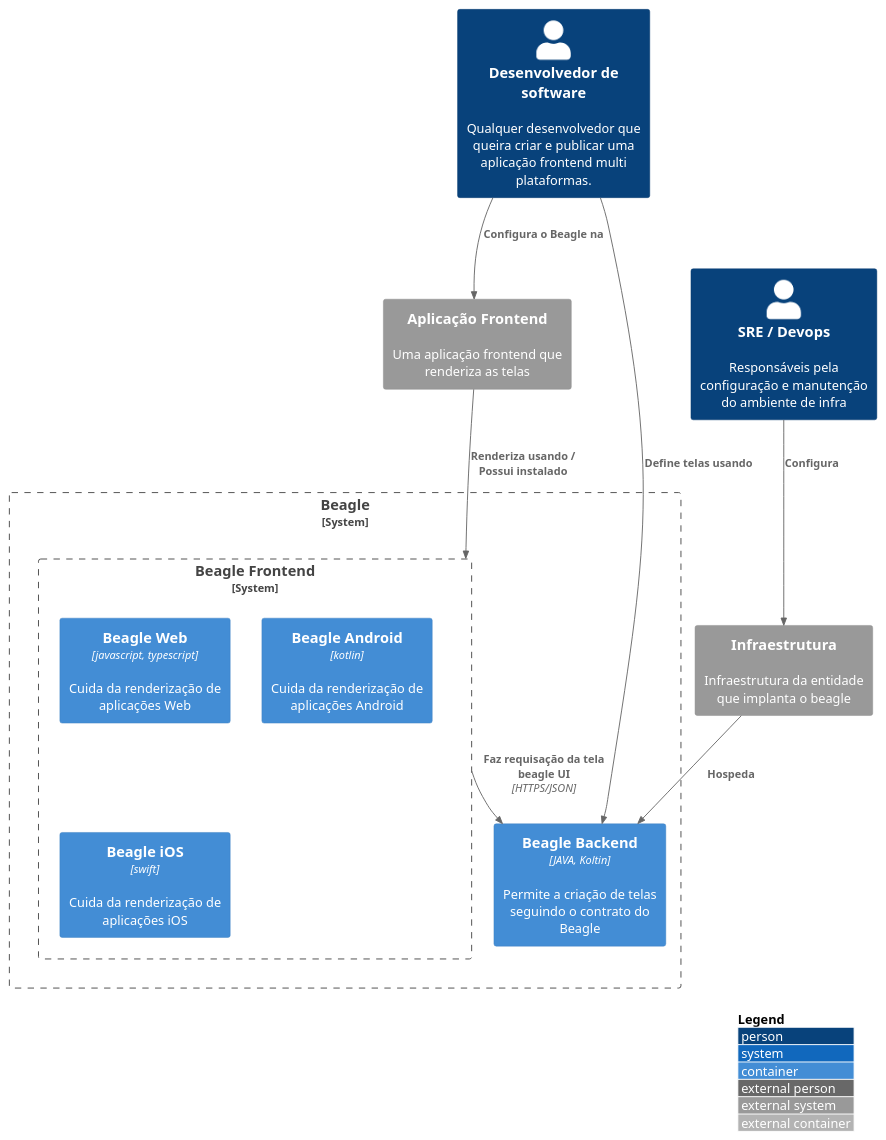
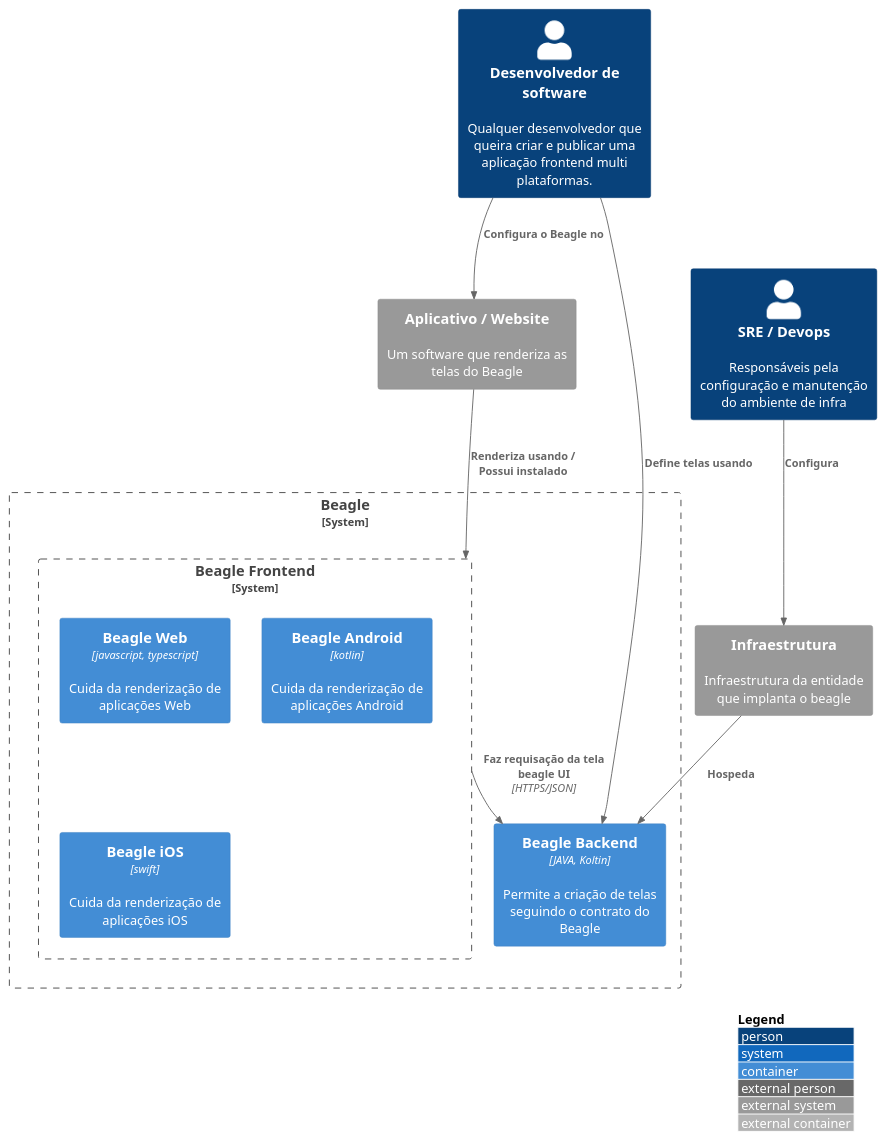
One commit to hectorcustodiozup/Beagle-C4-Model changed the diagram in src/C2 - Container/c2.puml. Above: the diagram before and after it, drawn with PlantUML. The commit also changed 1 other file, not shown here.

```diff
--- a/src/C2 - Container/c2.puml
+++ b/src/C2 - Container/c2.puml
@@ -1,29 +1,29 @@
 @startuml container
 !include https://raw.githubusercontent.com/adrianvlupu/C4-PlantUML/latest/C4_Container.puml
 
 LAYOUT_WITH_LEGEND()
 
 Person(software_developer, "Desenvolvedor de software", "Qualquer desenvolvedor que queira criar e publicar uma aplicação frontend multi plataformas.")
 System_Boundary(beagle, "Beagle"){
   
   Container(beagle_backend, "Beagle Backend", "JAVA, Koltin", "Permite a criação de telas seguindo o contrato do Beagle")
 
   System_Boundary(beagle_frontend, "Beagle Frontend") {
       
     Container(beagle_web_core, "Beagle Web", "javascript, typescript", "Cuida da renderização de aplicações Web")
       Container(beagle_android, "Beagle Android", "kotlin", "Cuida da renderização de aplicações Android")
       Container(beagle_ios, "Beagle iOS", "swift", "Cuida da renderização de aplicações iOS")
   }
 }
-System_Ext(frontend_app, "Aplicação Frontend", "Uma aplicação frontend que renderiza as telas")
+System_Ext(frontend_app, "Aplicativo / Website", "Um software que renderiza as telas do Beagle")
 System_Ext(infra, "Infraestrutura", "Infraestrutura da entidade que implanta o beagle")
 Person(sre, "SRE / Devops", "Responsáveis pela configuração e manutenção do ambiente de infra")
 
 Rel(software_developer, beagle_backend, "Define telas usando")
 Rel(frontend_app, beagle_frontend, "Renderiza usando / Possui instalado")
 Rel(beagle_frontend, beagle_backend, "Faz requisação da tela beagle UI","HTTPS/JSON")
 Rel(infra, beagle_backend, "Hospeda")
 Rel(sre, infra, "Configura")
-Rel(software_developer, frontend_app, "Configura o Beagle na")
+Rel(software_developer, frontend_app, "Configura o Beagle no")
 
 @enduml
```
